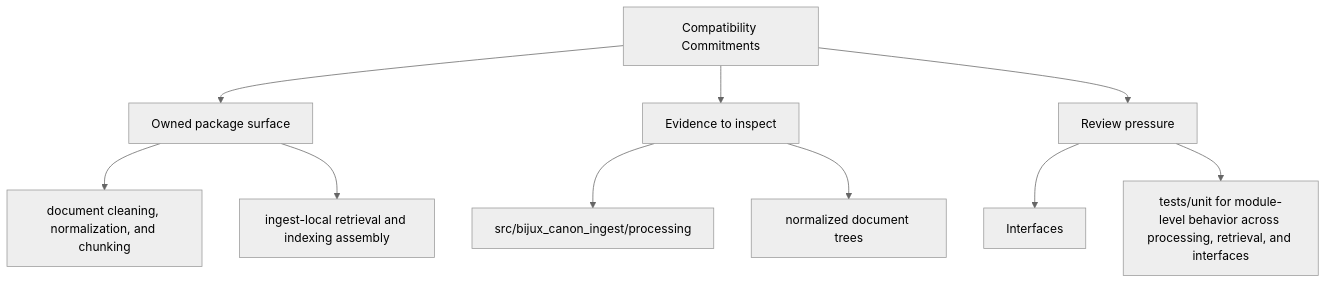
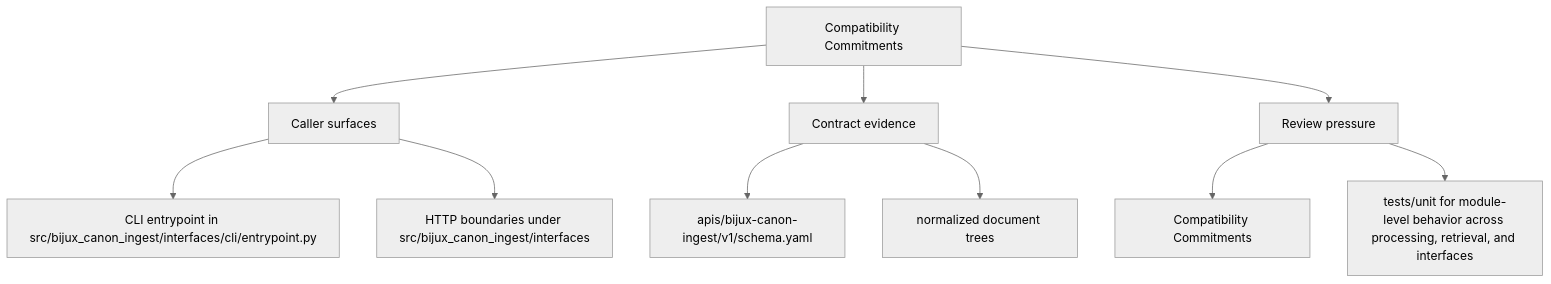
One commit to bijux/bijux-canon changed the second of 2 diagrams in docs/bijux-canon-ingest/interfaces/compatibility-commitments.md. Above: the diagram before and after it, drawn with Mermaid (neutral theme). The commit also changed other lines of this file and 250 other files, not shown here.

Commit message:
docs(diagrams): make product page maps more readable

````diff
--- a/docs/bijux-canon-ingest/interfaces/compatibility-commitments.md
+++ b/docs/bijux-canon-ingest/interfaces/compatibility-commitments.md
@@ -35,22 +35,22 @@
 ```mermaid
 flowchart TD
     page["Compatibility Commitments"]
-    focus1["Owned package surface"]
+    focus1["Caller surfaces"]
     page --> focus1
-    focus1_1["document cleaning, normalization, and chunking"]
+    focus1_1["CLI entrypoint in src/bijux_canon_ingest/interfaces/cli/entrypoint.py"]
     focus1 --> focus1_1
-    focus1_2["ingest-local retrieval and indexing assembly"]
+    focus1_2["HTTP boundaries under src/bijux_canon_ingest/interfaces"]
     focus1 --> focus1_2
-    focus2["Evidence to inspect"]
+    focus2["Contract evidence"]
     page --> focus2
-    focus2_1["src/bijux_canon_ingest/processing"]
+    focus2_1["apis/bijux-canon-ingest/v1/schema.yaml"]
     focus2 --> focus2_1
     focus2_2["normalized document trees"]
     focus2 --> focus2_2
     focus3["Review pressure"]
     page --> focus3
-    focus3_1["Interfaces"]
+    focus3_1["Compatibility Commitments"]
     focus3 --> focus3_1
     focus3_2["tests/unit for module-level behavior across processing, retrieval, and interfaces"]
     focus3 --> focus3_2
 ```
````
